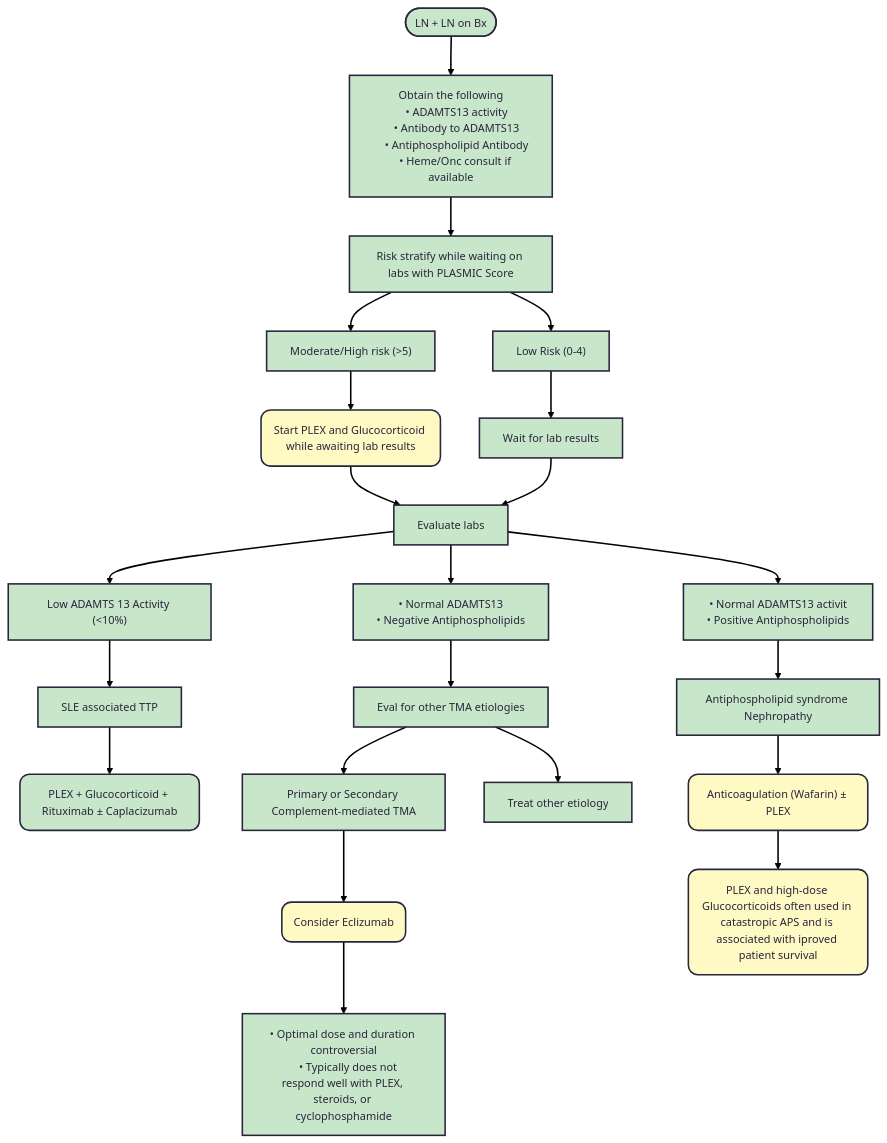
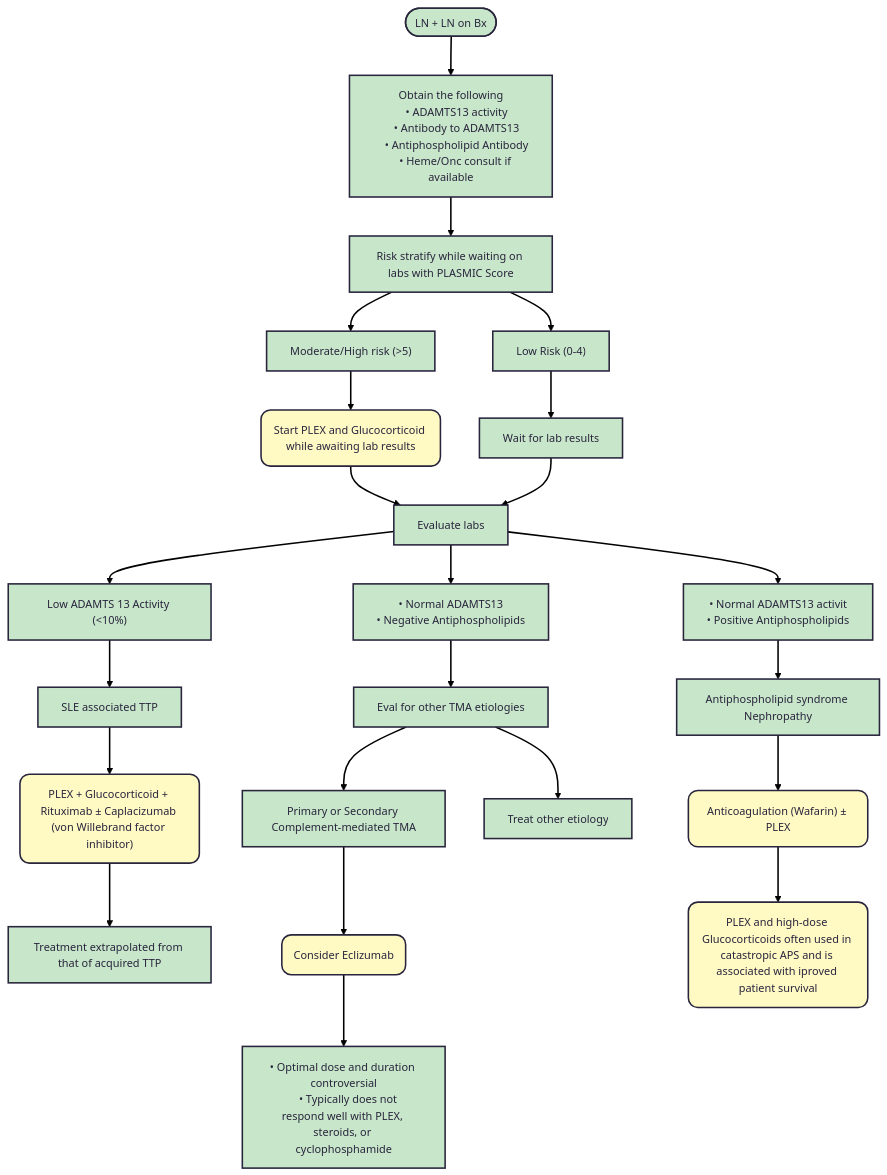
One commit to TTUNEPH2025/GN changed the third of 3 diagrams in docs/Lupus.md. Above: the diagram before and after it, drawn with Mermaid.

````diff
--- a/docs/Lupus.md
+++ b/docs/Lupus.md
@@ -196,59 +196,61 @@
 ```mermaid
 ---
 config:
   theme: redux
 ---
 flowchart TB
     A(["LN + LN on Bx"]) --> n1["Obtain the following
     • ADAMTS13 activity
     • Antibody to ADAMTS13
     • Antiphospholipid Antibody
     • Heme/Onc consult if available"]
     n1 --> n2["Risk stratify while waiting on labs with PLASMIC Score"]
     n2 --> n3["Moderate/High risk (>5)"] & n4["Low Risk (0-4)"]
     n3 --> n5["Start PLEX and Glucocorticoid while awaiting lab results"]
     n4 --> n6["Wait for lab results"]
     n5 --> n7["Evaluate labs"]
     n6 --> n7
     n7 --> n8["Low ADAMTS 13 Activity (&lt;10%)"] & n9["• Normal ADAMTS13
     • Negative Antiphospholipids"] & n10["• Normal ADAMTS13 activit
     • Positive Antiphospholipids"]
     n8 --> n11["SLE associated TTP"]
     n9 --> n12["Eval for other TMA etiologies"]
     n10 --> n13["Antiphospholipid syndrome Nephropathy"]
-    n11 --> n14["PLEX + Glucocorticoid + Rituximab ± Caplacizumab"]
+    n11 --> n14["PLEX + Glucocorticoid + Rituximab ± Caplacizumab (von Willebrand factor inhibitor)"]
     n12 --> n15["Primary or Secondary Complement-mediated TMA"] & n16["Treat other etiology"]
     n13 --> n17["Anticoagulation (Wafarin) ± PLEX"]
+    n14 --> n21["Treatment extrapolated from that of acquired TTP"]
     n15 --> n18["Consider Eclizumab"]
     n18 --> n19["• Optimal dose and duration controversial
     • Typically does not respond well with PLEX, steroids, or cyclophosphamide"]
     n17 --> n20["PLEX and high-dose Glucocorticoids often used in catastropic APS and is associated with iproved patient survival"]
 
     n5@{ shape: rounded}
     n14@{ shape: rounded}
     n17@{ shape: rounded}
     n18@{ shape: rounded}
     n20@{ shape: rounded}
     style A fill:#C8E6C9
     style n1 fill:#C8E6C9
     style n2 fill:#C8E6C9
     style n3 fill:#C8E6C9
     style n4 fill:#C8E6C9
     style n5 fill:#FFF9C4
     style n6 fill:#C8E6C9
     style n7 fill:#C8E6C9
     style n8 fill:#C8E6C9
     style n9 fill:#C8E6C9
     style n10 fill:#C8E6C9
     style n11 fill:#C8E6C9
     style n12 fill:#C8E6C9
     style n13 fill:#C8E6C9
-    style n14 fill:#C8E6C9
+    style n14 fill:#FFF9C4
     style n15 fill:#C8E6C9
     style n16 fill:#C8E6C9
     style n17 fill:#FFF9C4
     style n18 fill:#FFF9C4
     style n19 fill:#C8E6C9
     style n20 fill:#FFF9C4
+    style n21 fill:#C8E6C9
     click n2 "https://www.mdcalc.com/calc/10200/plasmic-score-ttp"
 ```
````
